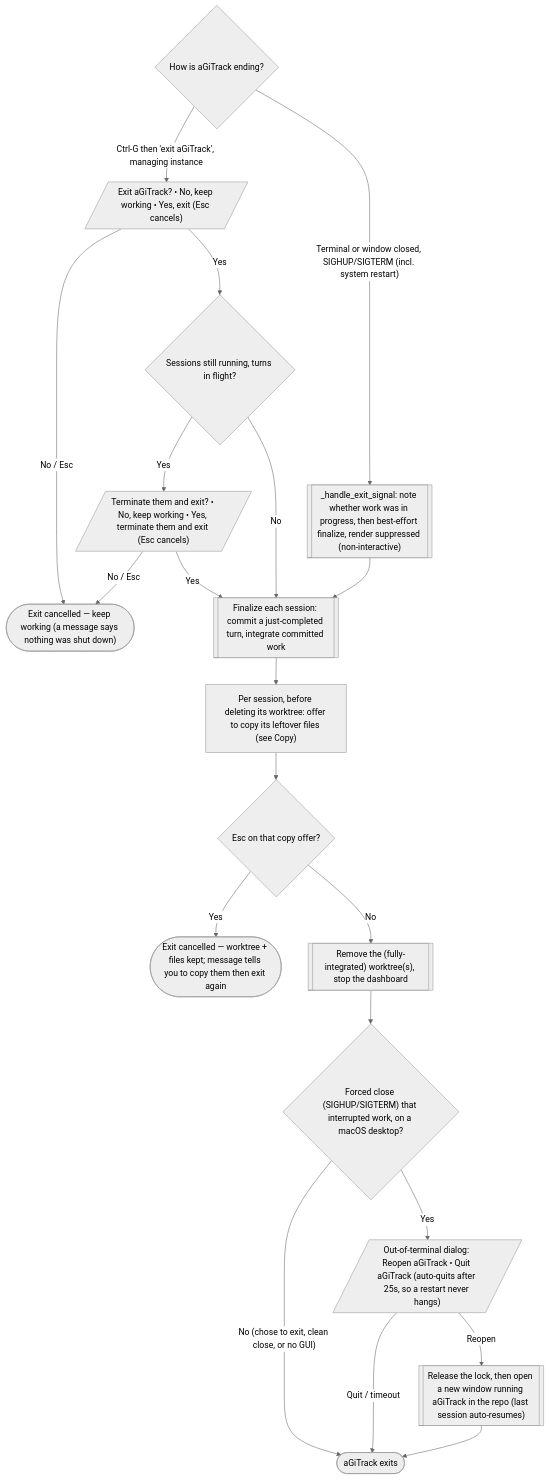
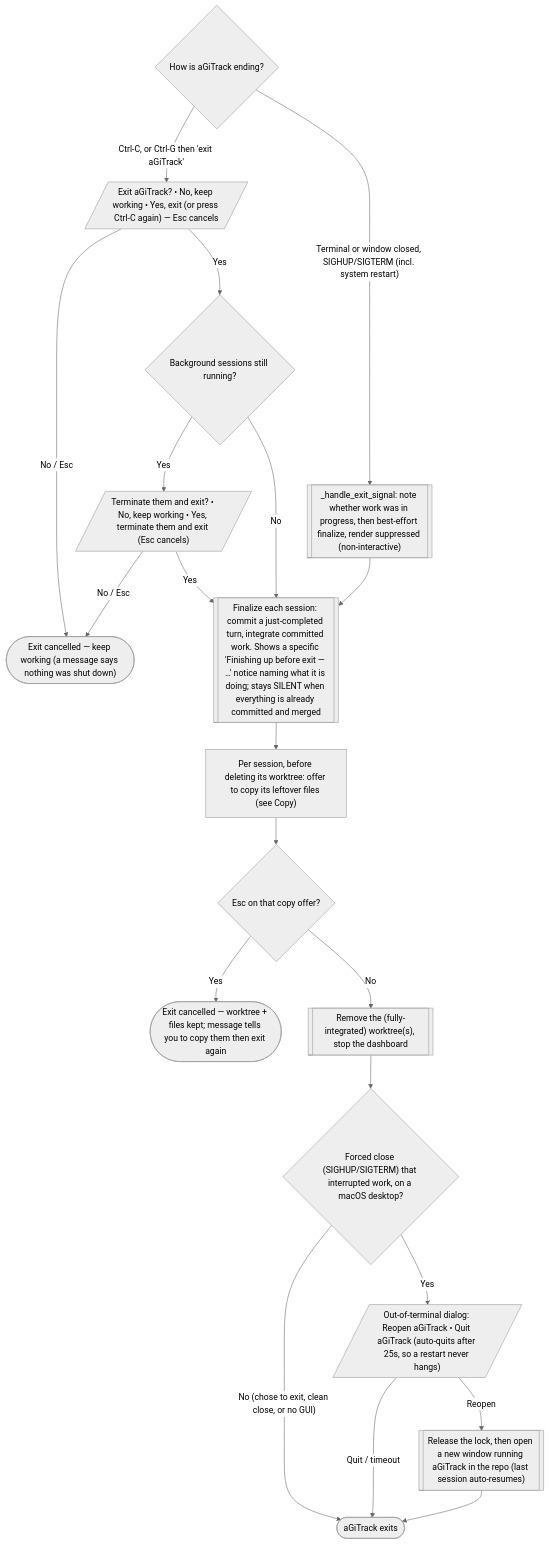
Diagram 11 of 15 in docs/user-flow.md (core-aix/agitrack), drawn with Mermaid (neutral theme) before and after one commit. The commit also changed other lines of this file and 1 other file, not shown here.

````diff
--- a/docs/user-flow.md
+++ b/docs/user-flow.md
@@ -427,26 +441,26 @@
 ```mermaid
 flowchart TD
   how{"How is aGiTrack ending?"}
-  how -->|"Ctrl-G then 'exit aGiTrack', managing instance"| conf[/"Exit aGiTrack? • No, keep working • Yes, exit (Esc cancels)"/]
+  how -->|"Ctrl-C, or Ctrl-G then 'exit aGiTrack'"| conf[/"Exit aGiTrack? • No, keep working • Yes, exit (or press Ctrl-C again) — Esc cancels"/]
   conf -->|No / Esc| stay(["Exit cancelled — keep working (a message says nothing was shut down)"])
-  conf -->|Yes| busy{"Sessions still running, turns in flight?"}
+  conf -->|Yes| busy{"Background sessions still running?"}
   busy -->|Yes| term[/"Terminate them and exit? • No, keep working • Yes, terminate them and exit (Esc cancels)"/]
   busy -->|No| fin
   term -->|No / Esc| stay
   term -->|Yes| fin
 
   how -->|"Terminal or window closed, SIGHUP/SIGTERM (incl. system restart)"| sig[["_handle_exit_signal: note whether work was in progress, then best-effort finalize, render suppressed (non-interactive)"]]
 
-  fin[["Finalize each session: commit a just-completed turn, integrate committed work"]]
+  fin[["Finalize each session: commit a just-completed turn, integrate committed work. Shows a specific 'Finishing up before exit — …' notice naming what it is doing; stays SILENT when everything is already committed and merged"]]
   fin --> copy2["Per session, before deleting its worktree: offer to copy its leftover files (see Copy)"]
   copy2 --> esc{"Esc on that copy offer?"}
   esc -->|Yes| abort(["Exit cancelled — worktree + files kept; message tells you to copy them then exit again"])
   esc -->|No| rm[["Remove the (fully-integrated) worktree(s), stop the dashboard"]]
   sig --> fin
   rm --> pend{"Forced close (SIGHUP/SIGTERM) that interrupted work, on a macOS desktop?"}
   pend -->|"No (chose to exit, clean close, or no GUI)"| bye(["aGiTrack exits"])
   pend -->|Yes| ask[/"Out-of-terminal dialog: Reopen aGiTrack • Quit aGiTrack (auto-quits after 25s, so a restart never hangs)"/]
   ask -->|Quit / timeout| bye
   ask -->|Reopen| again[["Release the lock, then open a new window running aGiTrack in the repo (last session auto-resumes)"]]
   again --> bye
 ```
````
